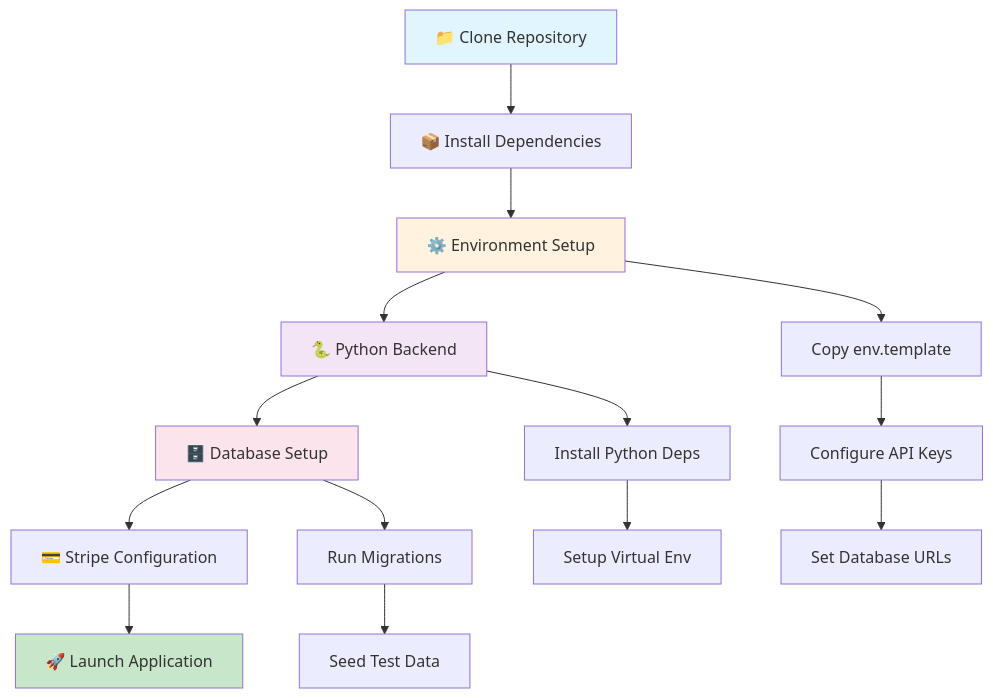
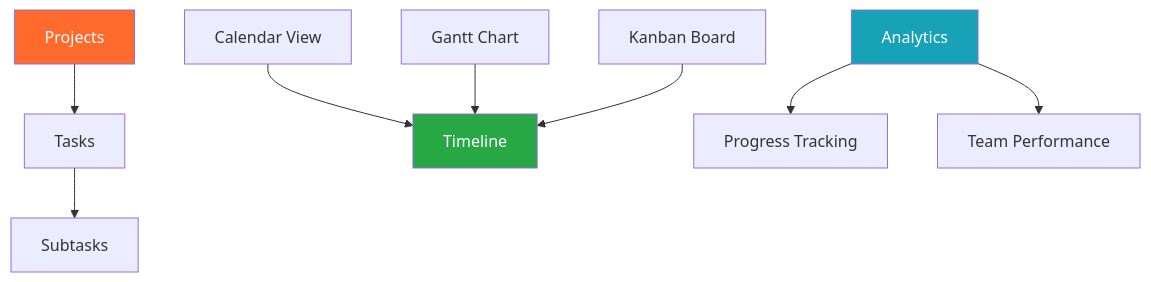
The third of 6 diagrams in README.md (Kedhareswer/thesisflow-ai), drawn with Mermaid before and after one commit. The commit also changed other lines of this file and 1 other file, not shown here.

````diff
--- a/README.md
+++ b/README.md
@@ -482,25 +119,16 @@
 ```mermaid
-flowchart TD
-    A[📁 Clone Repository] --> B[📦 Install Dependencies]
-    B --> C[⚙️ Environment Setup]
-    C --> D[🐍 Python Backend]
-    D --> E[🗄️ Database Setup]
-    E --> F[💳 Stripe Configuration]
-    F --> G[🚀 Launch Application]
+graph TD
+    A[Projects] --> B[Tasks]
+    B --> C[Subtasks]
     
-    C --> C1[Copy env.template]
-    C1 --> C2[Configure API Keys]
-    C2 --> C3[Set Database URLs]
+    D[Calendar View] --> E[Timeline]
+    F[Gantt Chart] --> E
+    G[Kanban Board] --> E
     
-    D --> D1[Install Python Deps]
-    D1 --> D2[Setup Virtual Env]
+    H[Analytics] --> I[Progress Tracking]
+    H --> J[Team Performance]
     
-    E --> E1[Run Migrations]
-    E1 --> E2[Seed Test Data]
-    
-    style A fill:#e1f5fe
-    style G fill:#c8e6c9
-    style C fill:#fff3e0
-    style D fill:#f3e5f5
-    style E fill:#fce4ec
+    style A fill:#FF6B2C,color:#fff
+    style E fill:#28a745,color:#fff
+    style H fill:#17a2b8,color:#fff
 ```
````
